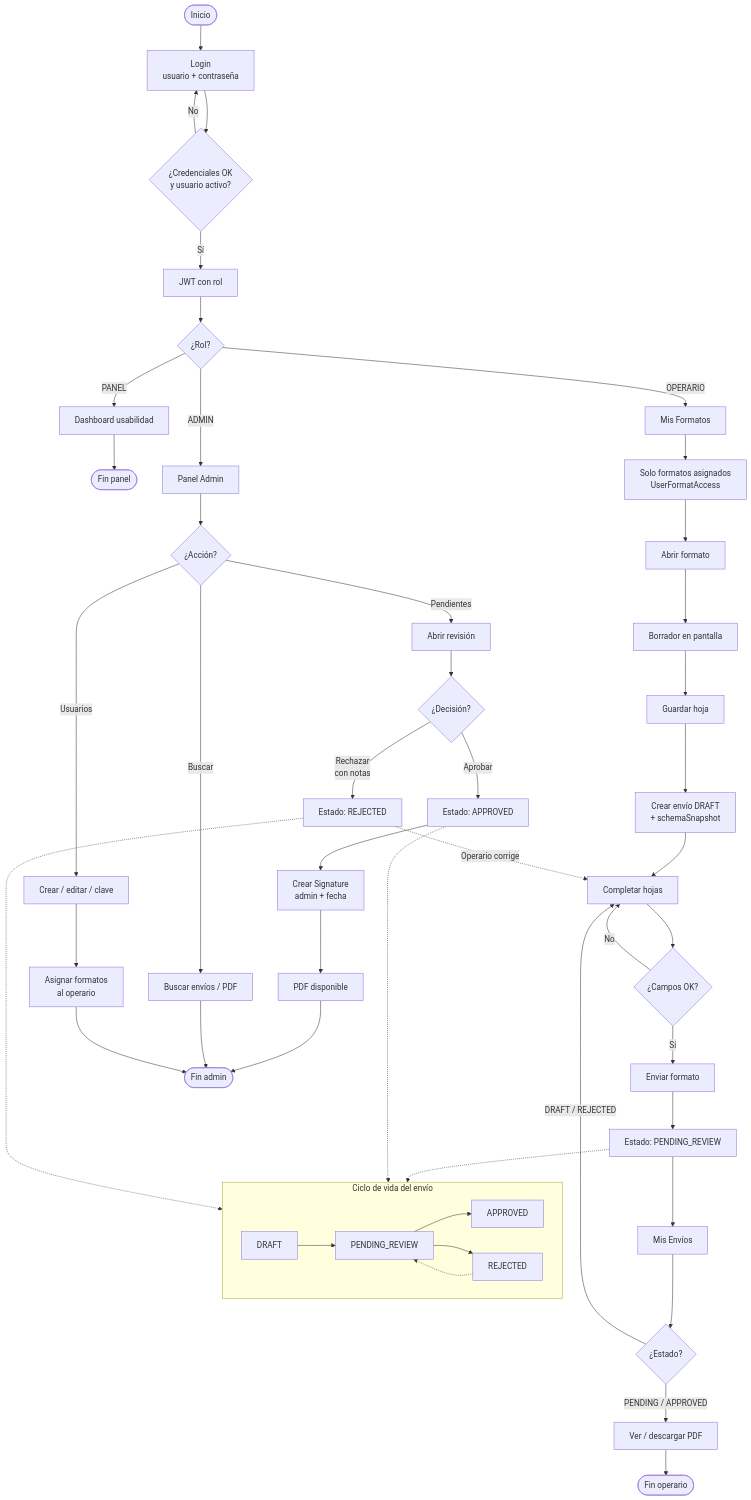
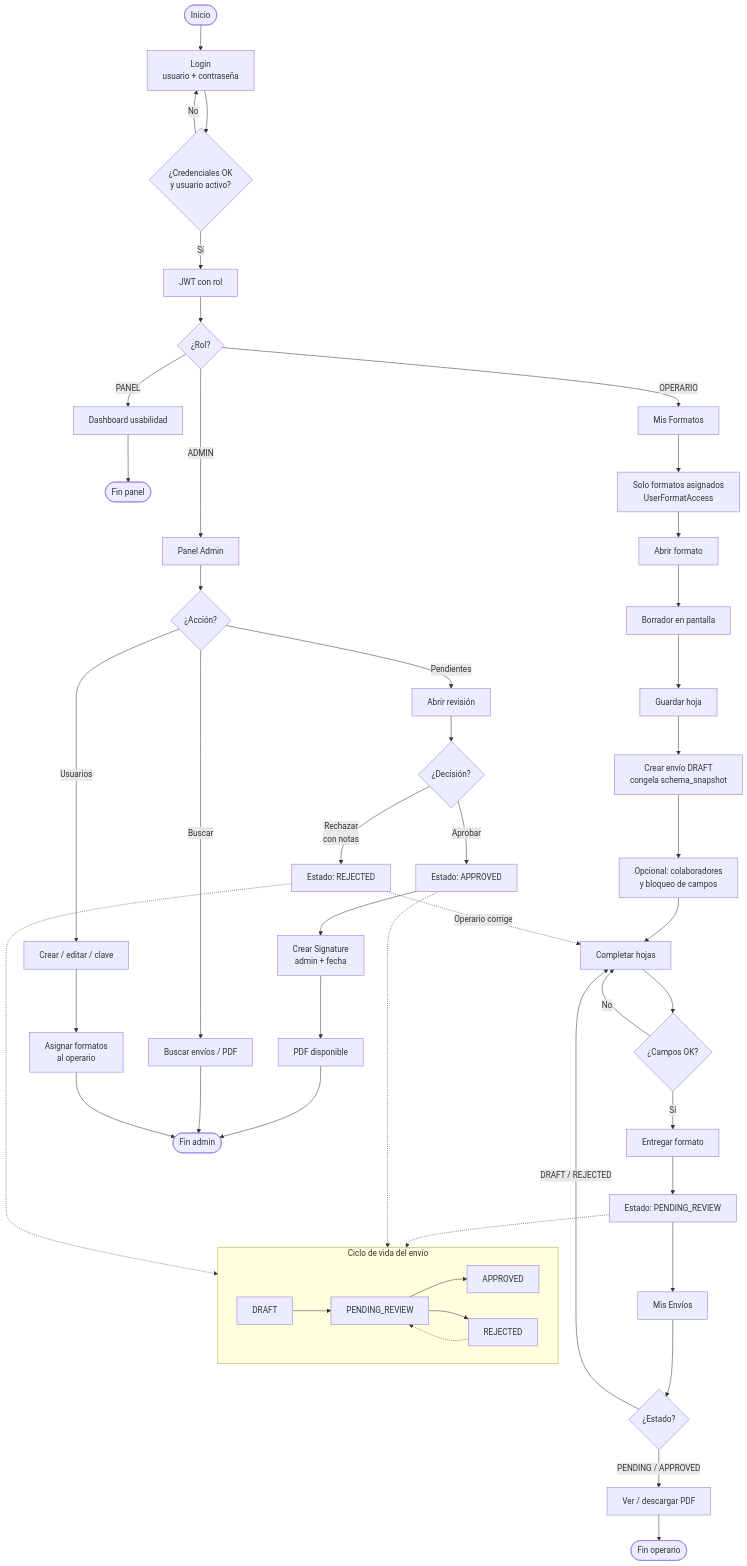
The diagram in docs/diagrama-flujo-colbeef-ops.md (desarrollotecnologia/Colbeef-Ops), drawn with Mermaid before and after one commit. The commit also changed other lines of this file and 6 other files, not shown here.

````diff
--- a/docs/diagrama-flujo-colbeef-ops.md
+++ b/docs/diagrama-flujo-colbeef-ops.md
@@ -5,64 +5,65 @@
 ```mermaid
 flowchart TB
   Start([Inicio]) --> Login[Login<br/>usuario + contraseña]
   Login --> Auth{¿Credenciales OK<br/>y usuario activo?}
   Auth -->|No| Login
   Auth -->|Sí| JWT[JWT con rol]
   JWT --> Rol{¿Rol?}
 
   %% ── PANEL ──────────────────────────────────────
   Rol -->|PANEL| Panel[Dashboard usabilidad]
   Panel --> FinPanel([Fin panel])
 
   %% ── OPERARIO ───────────────────────────────────
   Rol -->|OPERARIO| OpHome[Mis Formatos]
   OpHome --> Filtro[Solo formatos asignados<br/>UserFormatAccess]
   Filtro --> Abrir[Abrir formato]
   Abrir --> Local[Borrador en pantalla]
   Local --> Guardar[Guardar hoja]
-  Guardar --> Draft[Crear envío DRAFT<br/>+ schemaSnapshot]
-  Draft --> Llenar[Completar hojas]
+  Guardar --> Draft[Crear envío DRAFT<br/>congela schema_snapshot]
+  Draft --> Collab[Opcional: colaboradores<br/>y bloqueo de campos]
+  Collab --> Llenar[Completar hojas]
   Llenar --> Validar{¿Campos OK?}
   Validar -->|No| Llenar
-  Validar -->|Sí| Enviar[Enviar formato]
+  Validar -->|Sí| Enviar[Entregar formato]
   Enviar --> Pending[Estado: PENDING_REVIEW]
   Pending --> MisEnvios[Mis Envíos]
   MisEnvios --> VerEstado{¿Estado?}
   VerEstado -->|DRAFT / REJECTED| Llenar
   VerEstado -->|PENDING / APPROVED| OpPDF[Ver / descargar PDF]
   OpPDF --> FinOp([Fin operario])
 
   %% ── ADMIN ──────────────────────────────────────
   Rol -->|ADMIN| AdminHome[Panel Admin]
   AdminHome --> AdminMenu{¿Acción?}
 
   AdminMenu -->|Pendientes| Revisar[Abrir revisión]
   Revisar --> Decision{¿Decisión?}
   Decision -->|Aprobar| Approved[Estado: APPROVED]
   Approved --> Firma[Crear Signature<br/>admin + fecha]
   Firma --> AdminPDF[PDF disponible]
   AdminPDF --> FinAdmin([Fin admin])
 
   Decision -->|Rechazar<br/>con notas| Rejected[Estado: REJECTED]
   Rejected -.->|Operario corrige| Llenar
 
   AdminMenu -->|Buscar| Buscar[Buscar envíos / PDF]
   Buscar --> FinAdmin
 
   AdminMenu -->|Usuarios| Users[Crear / editar / clave]
   Users --> Permisos[Asignar formatos<br/>al operario]
   Permisos --> FinAdmin
 
   %% ── CICLO DE ESTADOS ───────────────────────────
   subgraph Ciclo["Ciclo de vida del envío"]
     direction LR
     S1[DRAFT] --> S2[PENDING_REVIEW]
     S2 --> S3[APPROVED]
     S2 --> S4[REJECTED]
     S4 -.-> S2
   end
 
   Pending -.-> S2
   Approved -.-> S3
   Rejected -.-> S4
 ```
````
